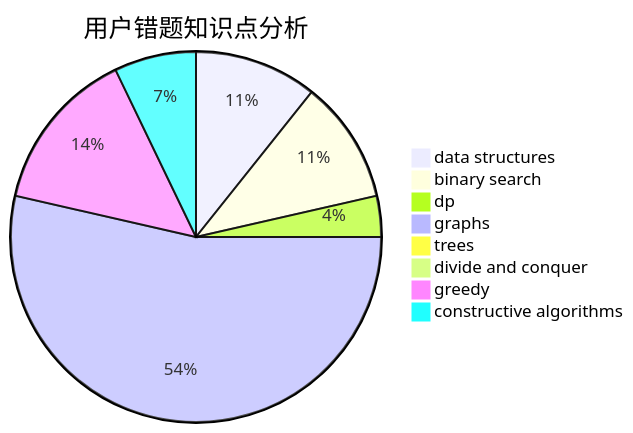
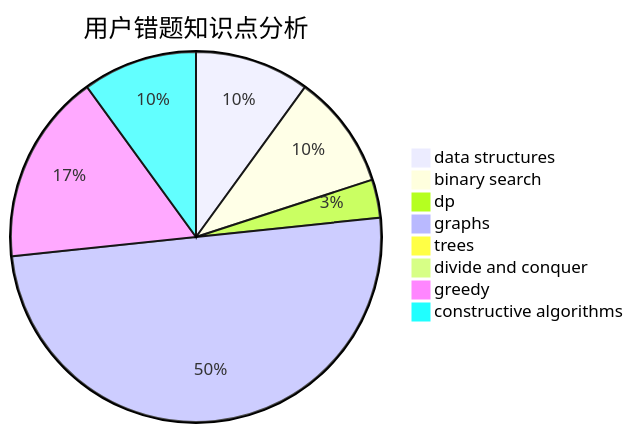
One commit to sherpahu/cfrs.github.io changed the third of 3 diagrams in docs/user/u613.md. Above: the diagram before and after it, drawn with Mermaid. The commit also changed other lines of this file and 2770 other files, not shown here.

````diff
--- a/docs/user/u613.md
+++ b/docs/user/u613.md
@@ -36,11 +36,11 @@
 ```mermaid
 pie title 用户错题知识点分析
     "data structures" :  6
     "binary search" :  6
     "dp" :  2
     "graphs" :  30
     "trees" :  0
     "divide and conquer" :  0
-    "greedy" :  8
-    "constructive algorithms" :  4
+    "greedy" :  10
+    "constructive algorithms" :  6
 ```
````
